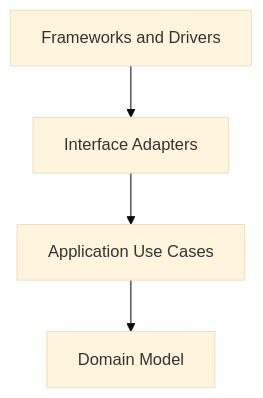
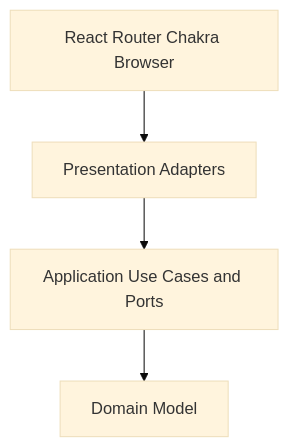
One commit to maple52046/swallow changed the diagram in dashboard/docs/development/architecture-spec.md. Above: the diagram before and after it, drawn with Mermaid (base theme). The commit also changed other lines of this file and 128 other files, not shown here.

````diff
--- a/dashboard/docs/development/architecture-spec.md
+++ b/dashboard/docs/development/architecture-spec.md
@@ -23,11 +17,11 @@
 ```mermaid
 flowchart TB
-    frameworksDrivers["Frameworks and Drivers"]
-    interfaceAdapters["Interface Adapters"]
-    applicationUseCases["Application Use Cases"]
-    domainModel["Domain Model"]
+    framework[React Router Chakra Browser]
+    presentation[Presentation Adapters]
+    application[Application Use Cases and Ports]
+    domain[Domain Model]
 
-    frameworksDrivers --> interfaceAdapters
-    interfaceAdapters --> applicationUseCases
-    applicationUseCases --> domainModel
+    framework --> presentation
+    presentation --> application
+    application --> domain
 ```
````
